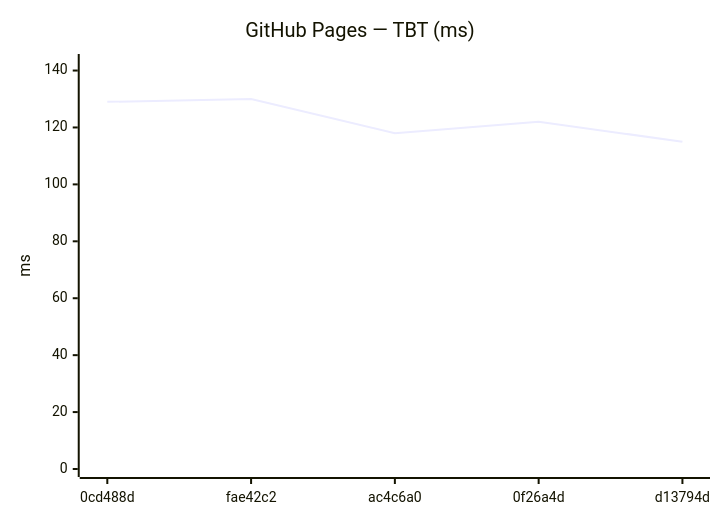
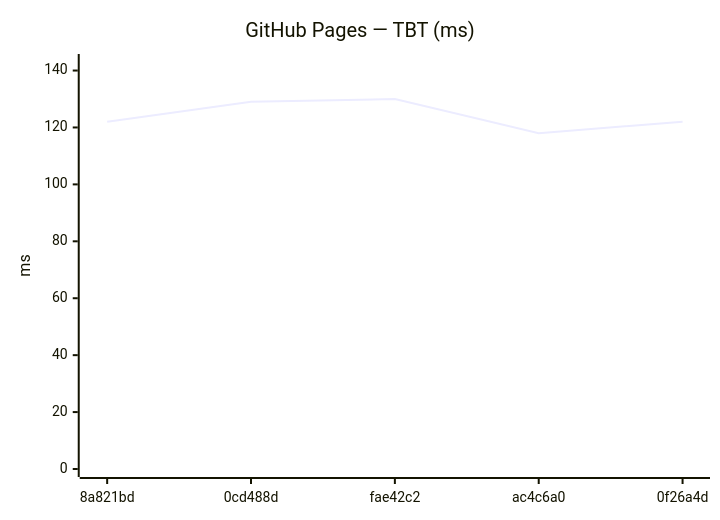
One commit to Metaheurist/Rianell changed the tenth of 18 diagrams in benchmarks/compare.md. Above: the diagram before and after it, drawn with Mermaid. The commit also changed other lines of this file and 11 other files, not shown here.

````diff
--- a/benchmarks/compare.md
+++ b/benchmarks/compare.md
@@ -149,7 +149,7 @@
 ```mermaid
 xychart-beta
     title "GitHub Pages — TBT (ms)"
-    x-axis ["0cd488d", "fae42c2", "ac4c6a0", "0f26a4d", "d13794d"]
+    x-axis ["8a821bd", "0cd488d", "fae42c2", "ac4c6a0", "0f26a4d"]
     y-axis "ms" 0 --> 143
-    line [129, 130, 118, 122, 115]
+    line [122, 129, 130, 118, 122]
 ```
````
